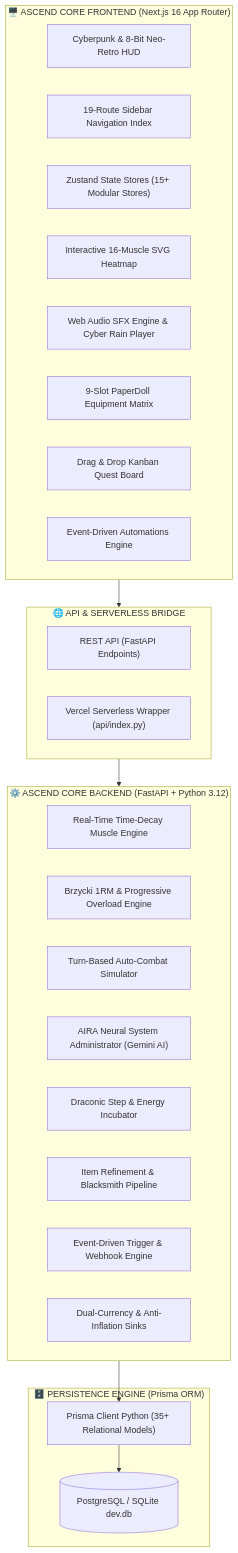
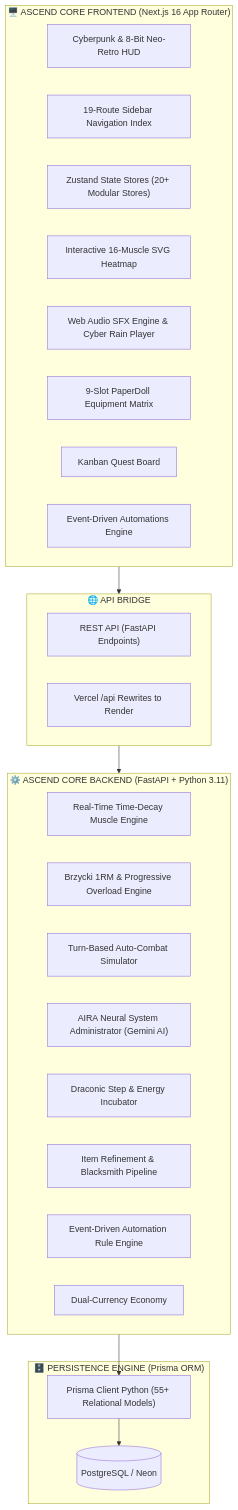
The diagram in README.md (RIll-cmd/ascend-core), drawn with Mermaid before and after one commit. The commit also changed other lines of this file and 3 other files, not shown here.

````diff
--- a/README.md
+++ b/README.md
@@ -256,39 +250,39 @@
 ```mermaid
 flowchart TB
     subgraph Frontend["🖥️ ASCEND CORE FRONTEND (Next.js 16 App Router)"]
         UI["Cyberpunk & 8-Bit Neo-Retro HUD"]
         SidebarNav["19-Route Sidebar Navigation Index"]
-        Zustand["Zustand State Stores (15+ Modular Stores)"]
+        Zustand["Zustand State Stores (20+ Modular Stores)"]
         Heatmap["Interactive 16-Muscle SVG Heatmap"]
         Audio["Web Audio SFX Engine & Cyber Rain Player"]
         PaperDoll["9-Slot PaperDoll Equipment Matrix"]
-        Kanban["Drag & Drop Kanban Quest Board"]
+        Kanban["Kanban Quest Board"]
         AutomationsUI["Event-Driven Automations Engine"]
     end
 
-    subgraph API_Bridge["🌐 API & SERVERLESS BRIDGE"]
+    subgraph API_Bridge["🌐 API BRIDGE"]
         RestAPI["REST API (FastAPI Endpoints)"]
-        VercelHandler["Vercel Serverless Wrapper (api/index.py)"]
+        VercelRewrite["Vercel /api Rewrites to Render"]
     end
 
-    subgraph Backend["⚙️ ASCEND CORE BACKEND (FastAPI + Python 3.12)"]
+    subgraph Backend["⚙️ ASCEND CORE BACKEND (FastAPI + Python 3.11)"]
         DecayEngine["Real-Time Time-Decay Muscle Engine"]
         FitnessEngine["Brzycki 1RM & Progressive Overload Engine"]
         CombatSim["Turn-Based Auto-Combat Simulator"]
         AiraAI["AIRA Neural System Administrator (Gemini AI)"]
         BeastIncubator["Draconic Step & Energy Incubator"]
         CraftingEngine["Item Refinement & Blacksmith Pipeline"]
-        AutomationsEngine["Event-Driven Trigger & Webhook Engine"]
-        EconomyEngine["Dual-Currency & Anti-Inflation Sinks"]
+        AutomationsEngine["Event-Driven Automation Rule Engine"]
+        EconomyEngine["Dual-Currency Economy"]
     end
 
     subgraph Storage["🗄️ PERSISTENCE ENGINE (Prisma ORM)"]
-        DB[(PostgreSQL / SQLite dev.db)]
-        PrismaClient["Prisma Client Python (35+ Relational Models)"]
+        DB[(PostgreSQL / Neon)]
+        PrismaClient["Prisma Client Python (55+ Relational Models)"]
     end
 
     Frontend --> API_Bridge
     API_Bridge --> Backend
     Backend --> PrismaClient
     PrismaClient --> DB
 ```
````
